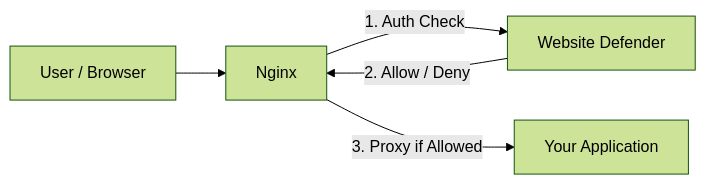
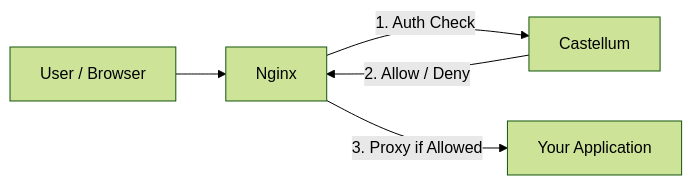
The diagram in docs/index.en.md (Flmelody/open-website-defender), drawn with Mermaid (forest theme) before and after one commit. The commit also changed other lines of this file and 158 other files, not shown here.

````diff
--- a/docs/index.en.md
+++ b/docs/index.en.md
@@ -27,7 +27,7 @@
 ```mermaid
 graph LR
     User[User / Browser] --> Nginx
-    Nginx -->|1. Auth Check| Defender[Website Defender]
-    Defender -->|2. Allow / Deny| Nginx
+    Nginx -->|1. Auth Check| Castellum[Castellum]
+    Castellum -->|2. Allow / Deny| Nginx
     Nginx -->|3. Proxy if Allowed| App[Your Application]
 ```
````
